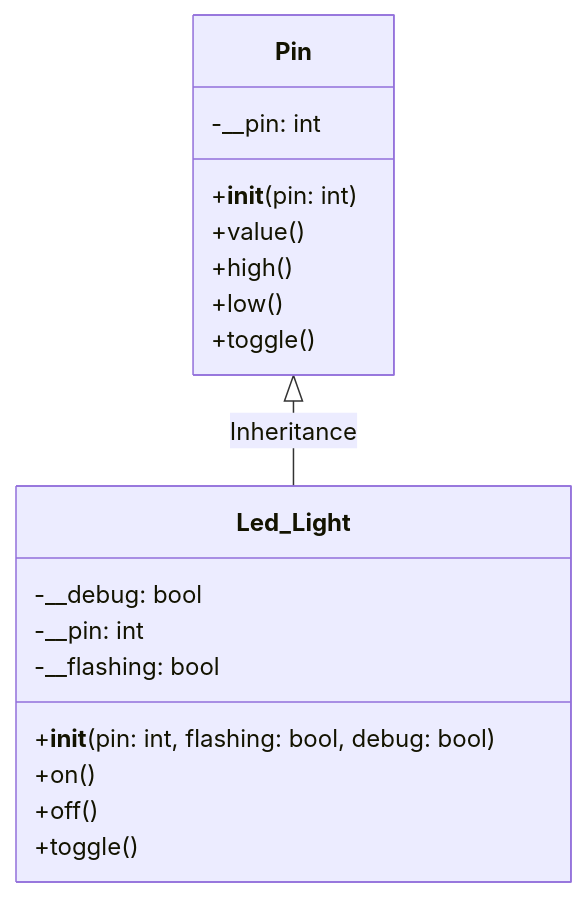
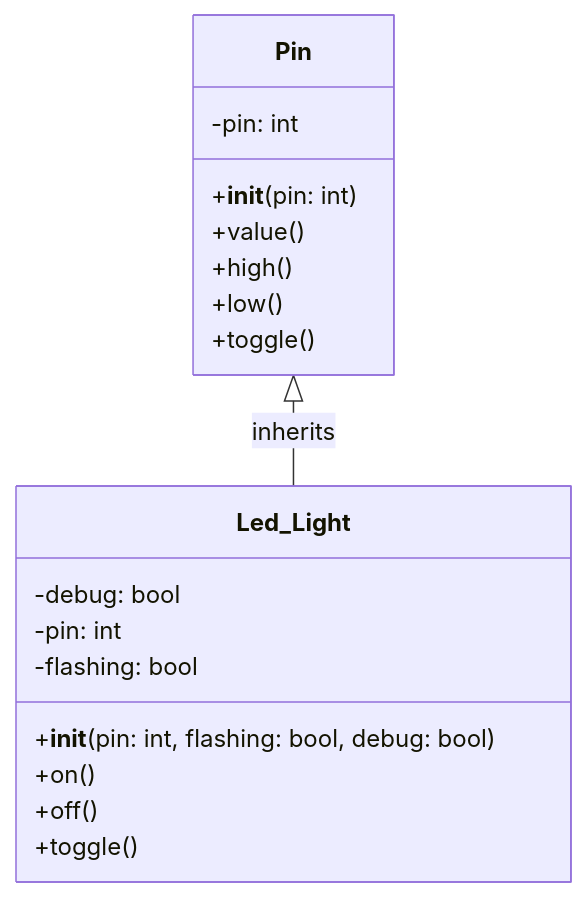
One commit to TempeHS/MicroPython_OOP_Pi_Pico_Mini_Project_Source changed the diagram in Tutorial/Lecture2.md. Above: the diagram before and after it, drawn with Mermaid. The commit also changed other lines of this file and 13 other files, not shown here.

````diff
--- a/Tutorial/Lecture2.md
+++ b/Tutorial/Lecture2.md
@@ -17,22 +28,23 @@
 ```mermaid
 classDiagram
+
     class Pin {
-        -__pin: int
+        -pin: int
         +__init__(pin: int)
         +value()
         +high()
         +low()
         +toggle()
     }
 
     class Led_Light {
-        -__debug: bool
-        -__pin: int
-        -__flashing: bool
+        -debug: bool
+        -pin: int
+        -flashing: bool
         +__init__(pin: int, flashing: bool, debug: bool)
         +on()
         +off()
         +toggle()
     }
-    Pin <|-- Led_Light : Inheritance
+    Pin <|-- Led_Light : inherits
 ```
````
